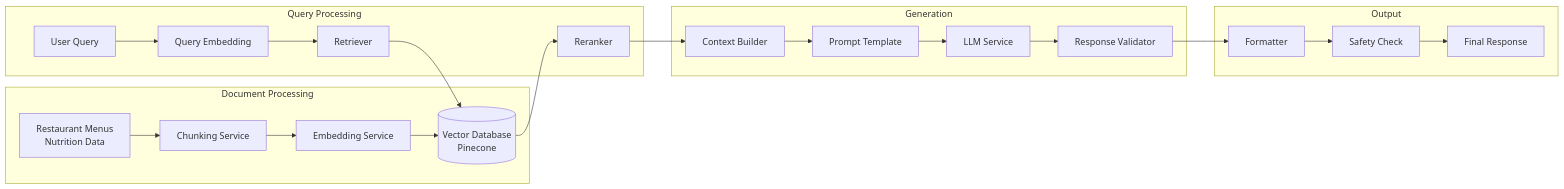
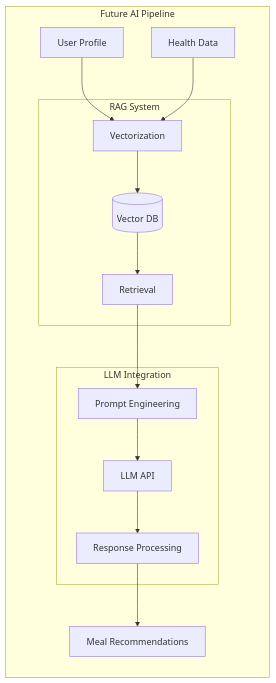
Before and after one commit to Asoingbob225/CSC510: the seventh of 9 diagrams in proj2/docs/3-DESIGN/3.1-SAD/SAD-MASTER.md, drawn with Mermaid. The commit also changed other lines of this file and 22 other files, not shown here.

````diff
--- a/proj2/docs/3-DESIGN/3.1-SAD/SAD-MASTER.md
+++ b/proj2/docs/3-DESIGN/3.1-SAD/SAD-MASTER.md
@@ -681,47 +490,30 @@
 ```mermaid
 graph LR
-    subgraph "Document Processing"
-        Docs[Restaurant Menus<br/>Nutrition Data]
-        Chunk[Chunking Service]
-        Embed[Embedding Service]
-        VectorDB[(Vector Database<br/>Pinecone)]
+    subgraph "Future AI Pipeline"
+        UserProfile[User Profile]
+        HealthData[Health Data]
+        
+        subgraph "RAG System"
+            Vectorize[Vectorization]
+            VectorDB[(Vector DB)]
+            Retrieval[Retrieval]
+        end
+        
+        subgraph "LLM Integration"
+            Prompt[Prompt Engineering]
+            LLM[LLM API]
+            Response[Response Processing]
+        end
+        
+        Recommendations[Meal Recommendations]
     end
-
-    subgraph "Query Processing"
-        Query[User Query]
-        QEmbed[Query Embedding]
-        Retrieve[Retriever]
-        Rerank[Reranker]
-    end
-
-    subgraph "Generation"
-        Context[Context Builder]
-        Prompt[Prompt Template]
-        LLM[LLM Service]
-        Validate[Response Validator]
-    end
-
-    subgraph "Output"
-        Format[Formatter]
-        Safety[Safety Check]
-        Response[Final Response]
-    end
-
-    Docs --> Chunk
-    Chunk --> Embed
-    Embed --> VectorDB
-
-    Query --> QEmbed
-    QEmbed --> Retrieve
-    Retrieve --> VectorDB
-    VectorDB --> Rerank
-
-    Rerank --> Context
-    Context --> Prompt
+    
+    UserProfile --> Vectorize
+    HealthData --> Vectorize
+    Vectorize --> VectorDB
+    VectorDB --> Retrieval
+    Retrieval --> Prompt
     Prompt --> LLM
-    LLM --> Validate
-
-    Validate --> Format
-    Format --> Safety
-    Safety --> Response
+    LLM --> Response
+    Response --> Recommendations
 ```
````
